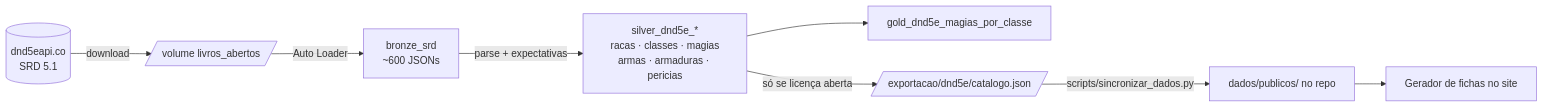
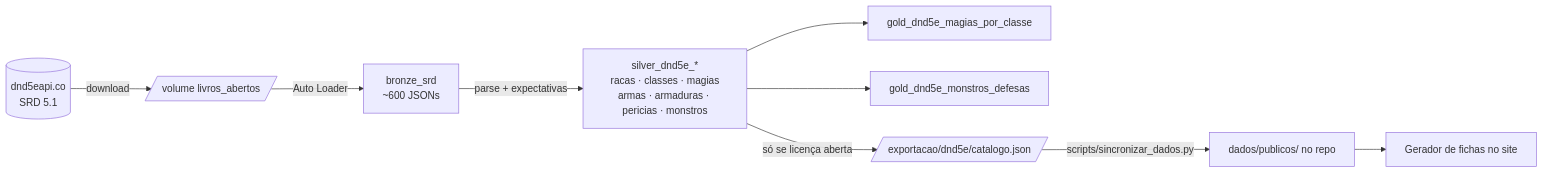
Before and after one commit to Plee47/oraculo-do-mestre: the second of 2 diagrams in README.md, drawn with Mermaid. The commit also changed other lines of this file and 19 other files, not shown here.

````diff
--- a/README.md
+++ b/README.md
@@ -65,10 +65,11 @@
 ```mermaid
 flowchart LR
     API[(dnd5eapi.co<br/>SRD 5.1)] -->|download| V[/volume livros_abertos/]
     V -->|Auto Loader| B[bronze_srd<br/>~600 JSONs]
-    B -->|parse + expectativas| S[silver_dnd5e_*<br/>racas · classes · magias<br/>armas · armaduras · pericias]
+    B -->|parse + expectativas| S[silver_dnd5e_*<br/>racas · classes · magias<br/>armas · armaduras · pericias · monstros]
     S --> G1[gold_dnd5e_magias_por_classe]
+    S --> G2[gold_dnd5e_monstros_defesas]
     S -->|só se licença aberta| E[/exportacao/dnd5e/catalogo.json/]
     E -->|scripts/sincronizar_dados.py| R[dados/publicos/ no repo]
     R --> SITE[Gerador de fichas no site]
 ```
````
